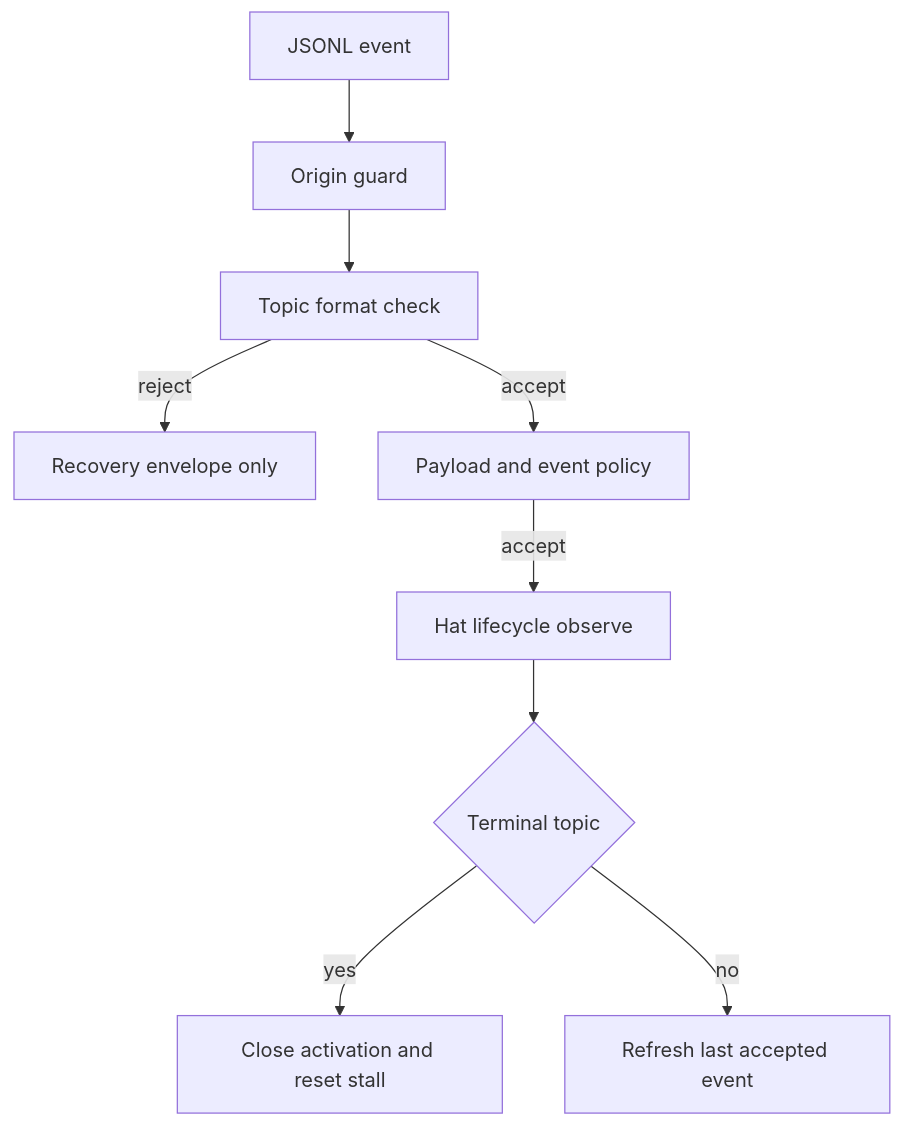
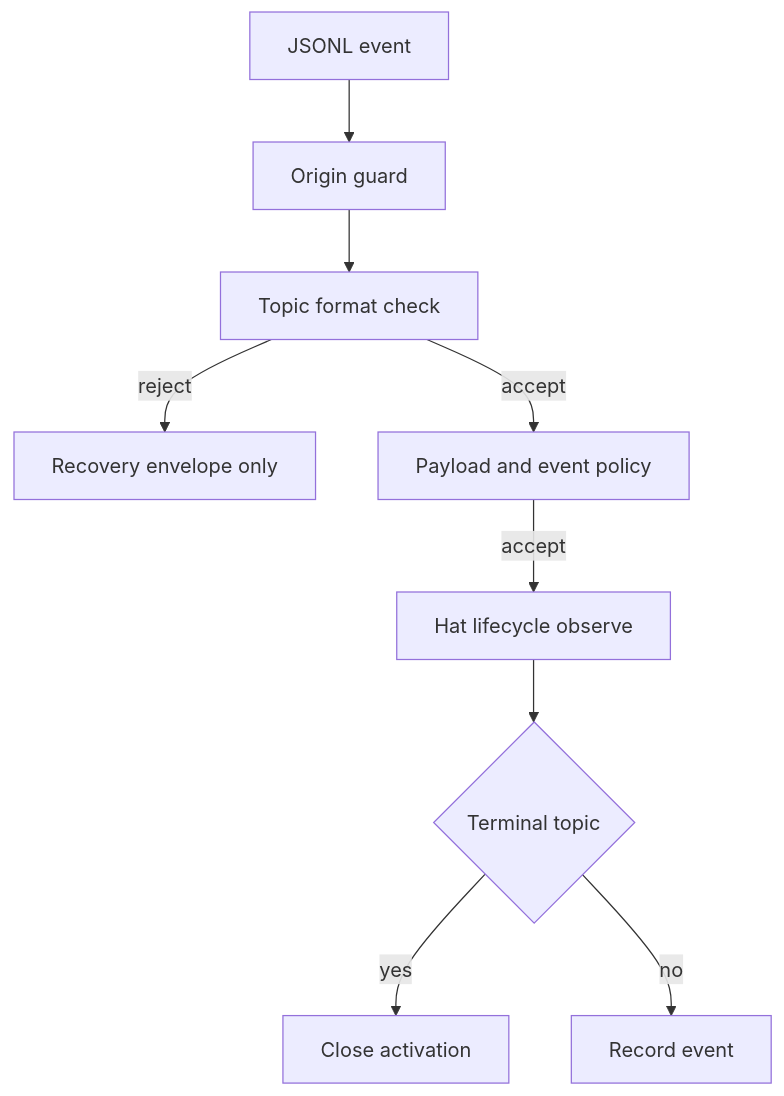
One commit to pittcat/ralph-orchestrator changed the second of 3 diagrams in docs/plans/2026-06-08-004-feat-hat-lifecycle-contract-plan.md. Above: the diagram before and after it, drawn with Mermaid. The commit also changed other lines of this file and 4 other files, not shown here.

````diff
--- a/docs/plans/2026-06-08-004-feat-hat-lifecycle-contract-plan.md
+++ b/docs/plans/2026-06-08-004-feat-hat-lifecycle-contract-plan.md
@@ -81,11 +79,11 @@
 ```mermaid
 flowchart TB
   A[JSONL event] --> B[Origin guard]
   B --> C[Topic format check]
   C -->|reject| D[Recovery envelope only]
   C -->|accept| E[Payload and event policy]
   E -->|accept| F[Hat lifecycle observe]
   F --> G{Terminal topic}
-  G -->|yes| H[Close activation and reset stall]
-  G -->|no| I[Refresh last accepted event]
+  G -->|yes| H[Close activation]
+  G -->|no| I[Record event]
 ```
````
